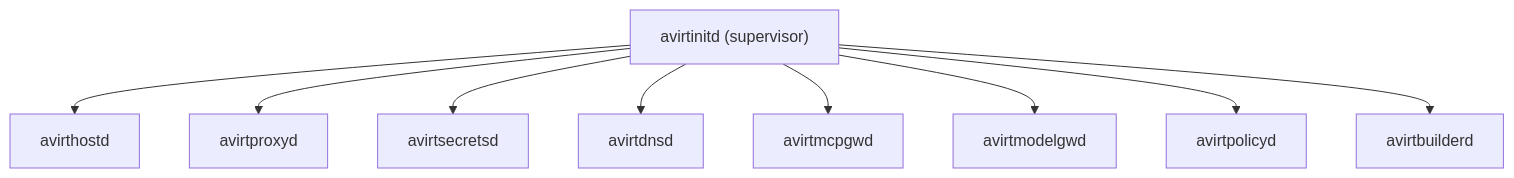
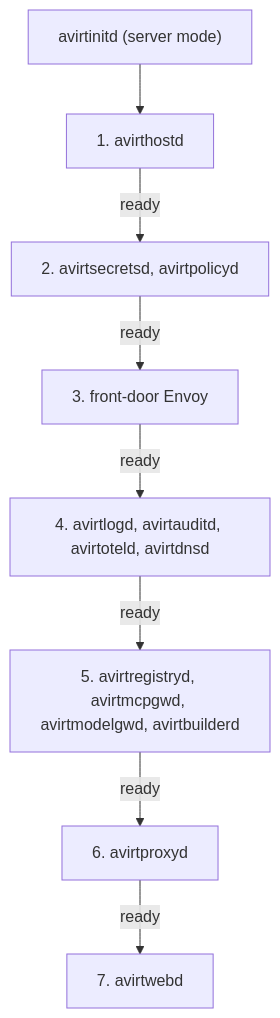
Before and after one commit to tbhb-dev/avirt: the fourth of 5 diagrams in docs/components.md, drawn with Mermaid. The commit also changed other lines of this file and 32 other files, not shown here.

First line of the commit message:
docs: plan the avirt component architecture and workspaces

````diff
--- a/docs/components.md
+++ b/docs/components.md
@@ -138,20 +321,18 @@
 ```mermaid
 flowchart TD
-    init["avirtinitd (supervisor)"]
-    hostd["avirthostd"]
-    proxyd["avirtproxyd"]
-    secrets["avirtsecretsd"]
-    dns["avirtdnsd"]
-    mcpgw["avirtmcpgwd"]
-    modelgw["avirtmodelgwd"]
-    policy["avirtpolicyd"]
-    builder["avirtbuilderd"]
+    init["avirtinitd (server mode)"]
+    hostd["1. avirthostd"]
+    s2["2. avirtsecretsd, avirtpolicyd"]
+    fd["3. front-door Envoy"]
+    s4["4. avirtlogd, avirtauditd, avirtoteld, avirtdnsd"]
+    s5["5. avirtregistryd, avirtmcpgwd, avirtmodelgwd, avirtbuilderd"]
+    proxyd["6. avirtproxyd"]
+    webd["7. avirtwebd"]
     init --> hostd
-    init --> proxyd
-    init --> secrets
-    init --> dns
-    init --> mcpgw
-    init --> modelgw
-    init --> policy
-    init --> builder
+    hostd -->|"ready"| s2
+    s2 -->|"ready"| fd
+    fd -->|"ready"| s4
+    s4 -->|"ready"| s5
+    s5 -->|"ready"| proxyd
+    proxyd -->|"ready"| webd
 ```
````
